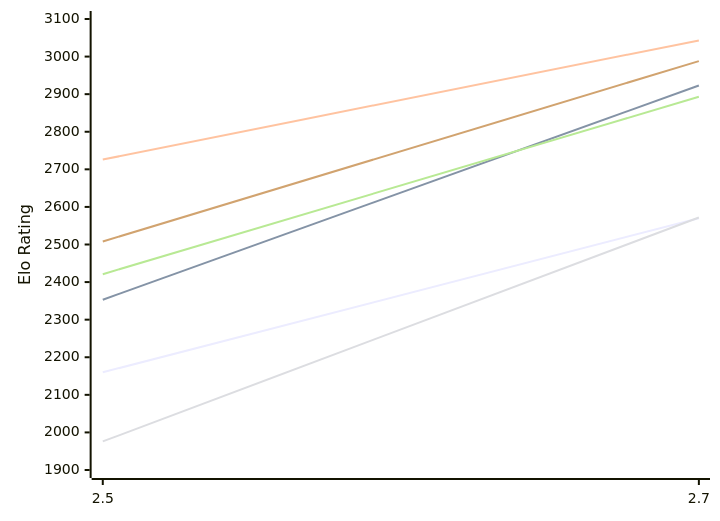
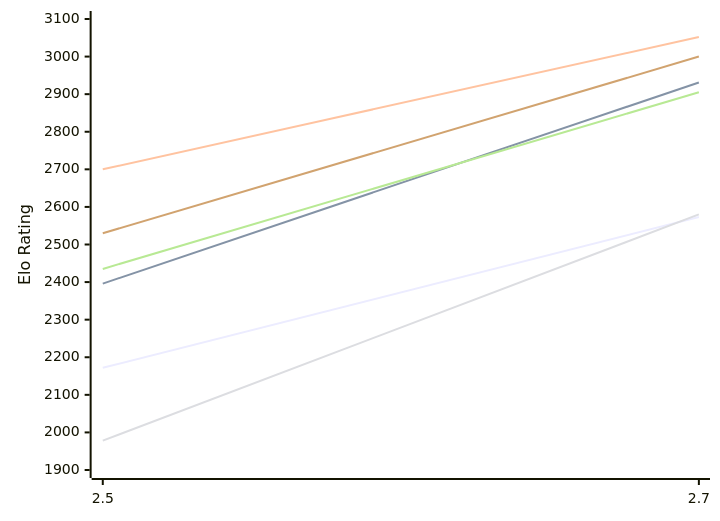
One commit to computer-chess-index/cci changed the first of 2 diagrams in engines/Zevra.md. Above: the diagram before and after it, drawn with Mermaid. The commit also changed other lines of this file, not shown here.

Commit message:
Update CCI Ratings (ELO VLTC) - 2026-11-16

````diff
--- a/engines/Zevra.md
+++ b/engines/Zevra.md
@@ -50,12 +50,12 @@
 ```mermaid
 %%{init: {"theme":"base","themeVariables":{"seriesColors:['#a3a3a3','#222221','#faa371']}}}%%
 xychart-beta
   x-axis ["2.5", "2.7"]
   y-axis "Elo Rating" 1900 --> 3100
-  line "E1: STC (8.0+0.08s)" [2160, 2570]
-  line "E1: LTC (60.0+0.60s)" [2353, 2923]
-  line "E1: VLTC (2m24s+1.12s)" [2726, 3043]
-  line "P1: STC (8.0+0.08s)" [1976, 2572]
-  line "P1: LTC (60.0+0.60s)" [2421, 2893]
-  line "P1: VLTC (2m24s+1.12s)" [2508, 2988]
+  line "E1: STC (8.0+0.08s)" [2172, 2573]
+  line "E1: LTC (60.0+0.60s)" [2396, 2931]
+  line "E1: VLTC (2m24s+1.12s)" [2700, 3052]
+  line "P1: STC (8.0+0.08s)" [1978, 2580]
+  line "P1: LTC (60.0+0.60s)" [2435, 2905]
+  line "P1: VLTC (2m24s+1.12s)" [2530, 3000]
 ```
````
